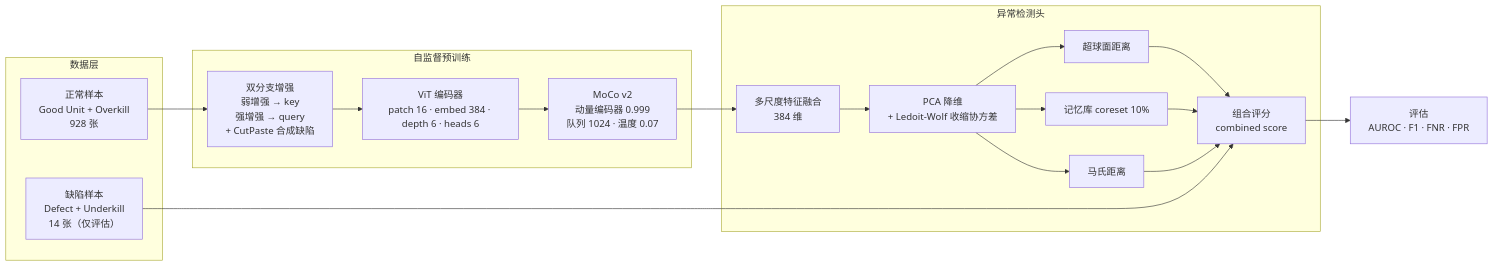
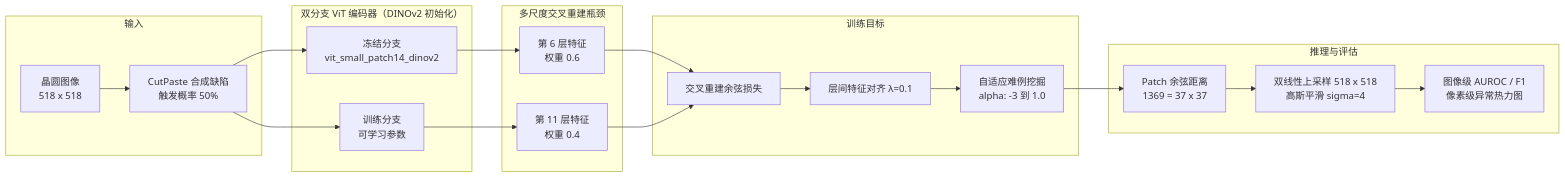
The diagram in README.md (MorDream/under_graduate), drawn with Mermaid before and after one commit. The commit also changed other lines of this file, not shown here.

First line of the commit message:
docs: rewrite README with final thesis results (ViT+ReContrast, DINOv2)

````diff
--- a/README.md
+++ b/README.md
@@ -46,27 +49,42 @@
 ```mermaid
 flowchart LR
-    subgraph data["数据层"]
-        D1["正常样本<br/>Good Unit + Overkill<br/>928 张"]
-        D2["缺陷样本<br/>Defect + Underkill<br/>14 张（仅评估）"]
+    subgraph IN["输入"]
+        IMG["晶圆图像<br/>518 x 518"]
+        CUT["CutPaste 合成缺陷<br/>触发概率 50%"]
+        IMG --> CUT
     end
 
-    subgraph ssl["自监督预训练"]
-        D1 --> AUG["双分支增强<br/>弱增强 → key<br/>强增强 → query<br/>+ CutPaste 合成缺陷"]
-        AUG --> VIT["ViT 编码器<br/>patch 16 · embed 384 · depth 6 · heads 6"]
-        VIT --> MOCO["MoCo v2<br/>动量编码器 0.999<br/>队列 1024 · 温度 0.07"]
+    subgraph ENC["双分支 ViT 编码器（DINOv2 初始化）"]
+        FRZ["冻结分支<br/>vit_small_patch14_dinov2"]
+        TRN["训练分支<br/>可学习参数"]
     end
 
-    subgraph det["异常检测头"]
-        MOCO --> FEAT["多尺度特征融合<br/>384 维"]
-        FEAT --> PCA["PCA 降维<br/>+ Ledoit-Wolf 收缩协方差"]
-        PCA --> HYPER["超球面距离"]
-        PCA --> MEM["记忆库 coreset 10%"]
-        PCA --> MAHA["马氏距离"]
-        HYPER --> SCORE["组合评分<br/>combined score"]
-        MEM --> SCORE
-        MAHA --> SCORE
+    subgraph NECK["多尺度交叉重建瓶颈"]
+        L6["第 6 层特征<br/>权重 0.6"]
+        L11["第 11 层特征<br/>权重 0.4"]
     end
 
-    D2 --> SCORE
-    SCORE --> EVAL["评估<br/>AUROC · F1 · FNR · FPR"]
+    subgraph LOSS["训练目标"]
+        CROSS["交叉重建余弦损失"]
+        ALIGN["层间特征对齐 λ=0.1"]
+        HARD["自适应难例挖掘<br/>alpha: -3 到 1.0"]
+    end
+
+    subgraph OUT["推理与评估"]
+        DIST["Patch 余弦距离<br/>1369 = 37 x 37"]
+        MAP["双线性上采样 518 x 518<br/>高斯平滑 sigma=4"]
+        MET["图像级 AUROC / F1<br/>像素级异常热力图"]
+    end
+
+    CUT --> FRZ
+    CUT --> TRN
+    FRZ --> L6
+    TRN --> L11
+    L6 --> CROSS
+    L11 --> CROSS
+    CROSS --> ALIGN
+    ALIGN --> HARD
+    HARD --> DIST
+    DIST --> MAP
+    MAP --> MET
 ```
````
